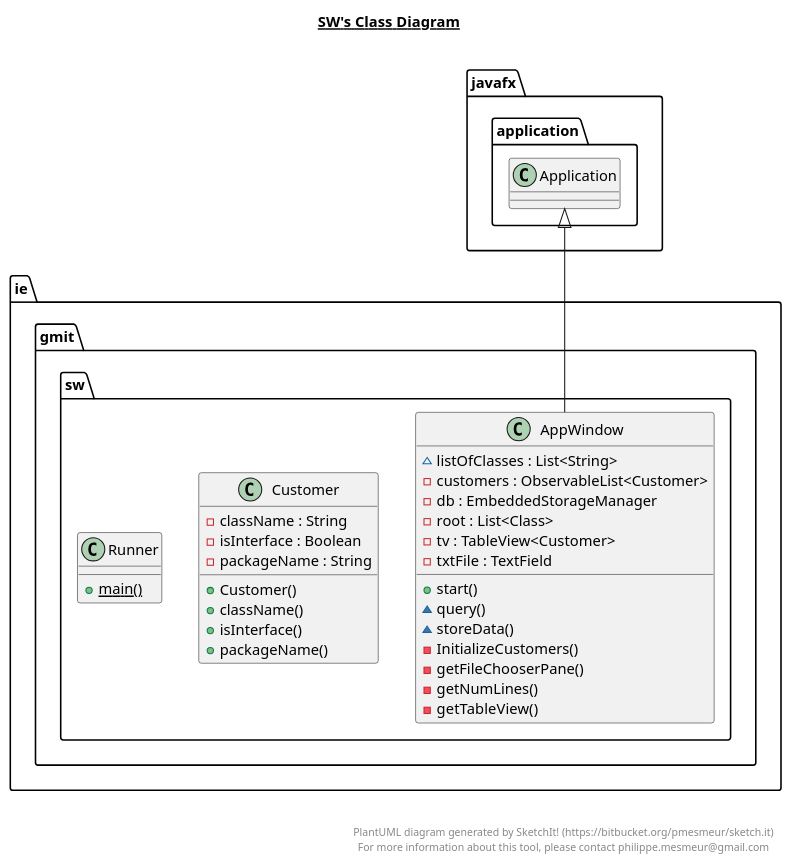
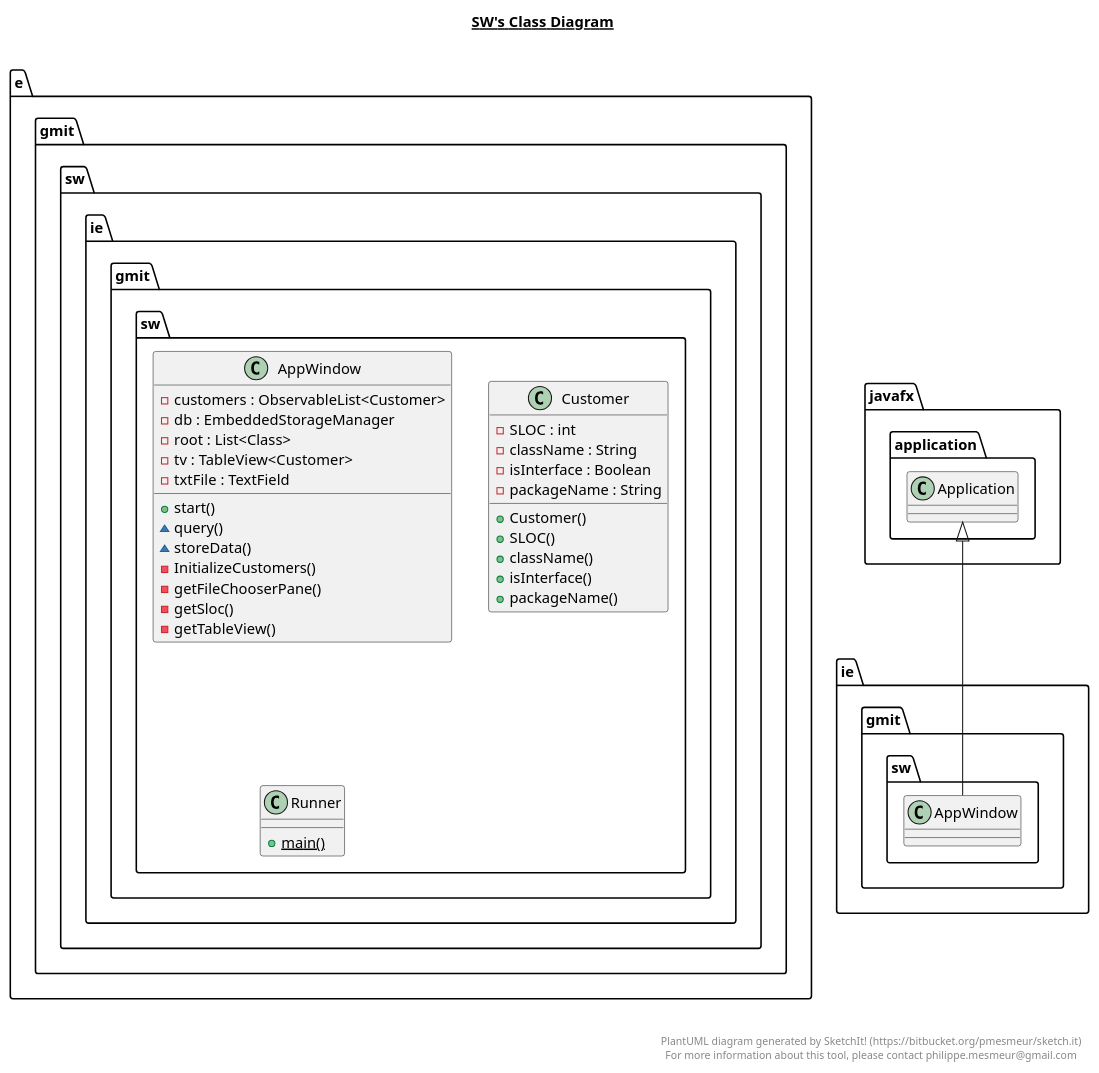
The diagram in out/production/FinalProjectOOP/ie/gmit/sw/sw.plantuml (MateuszPawlowski/AdvancedObjectOrientedProject), drawn with PlantUML before and after one commit. The commit also changed 8 other files, not shown here.

```diff
--- a/out/production/FinalProjectOOP/ie/gmit/sw/sw.plantuml
+++ b/out/production/FinalProjectOOP/ie/gmit/sw/sw.plantuml
@@ -1,60 +1,60 @@
 @startuml
 
 title __SW's Class Diagram__\n
 
 
-    namespace ie.gmit.sw {
+    namespace e.gmit.sw {
       class ie.gmit.sw.AppWindow {
-          ~ listOfClasses : List<String>
           - customers : ObservableList<Customer>
           - db : EmbeddedStorageManager
           - root : List<Class>
           - tv : TableView<Customer>
           - txtFile : TextField
           + start()
           ~ query()
           ~ storeData()
           - InitializeCustomers()
           - getFileChooserPane()
-          - getNumLines()
+          - getSloc()
           - getTableView()
       }
     }
 
   
 
-
-    namespace ie.gmit.sw {
+    namespace e.gmit.sw {
       class ie.gmit.sw.Customer {
+          - SLOC : int
           - className : String
           - isInterface : Boolean
           - packageName : String
           + Customer()
+          + SLOC()
           + className()
           + isInterface()
           + packageName()
       }
     }
 
   
 
 
-    namespace ie.gmit.sw {
+    namespace e.gmit.sw {
       class ie.gmit.sw.Runner {
           {static} + main()
       }
     }
 
   
 
   ie.gmit.sw.AppWindow -up-|> javafx.application.Application
 
 
 right footer
 
 
 PlantUML diagram generated by SketchIt! (https://bitbucket.org/pmesmeur/sketch.it)
 For more information about this tool, please contact philippe.mesmeur@gmail.com
 endfooter
 
 @enduml
```
